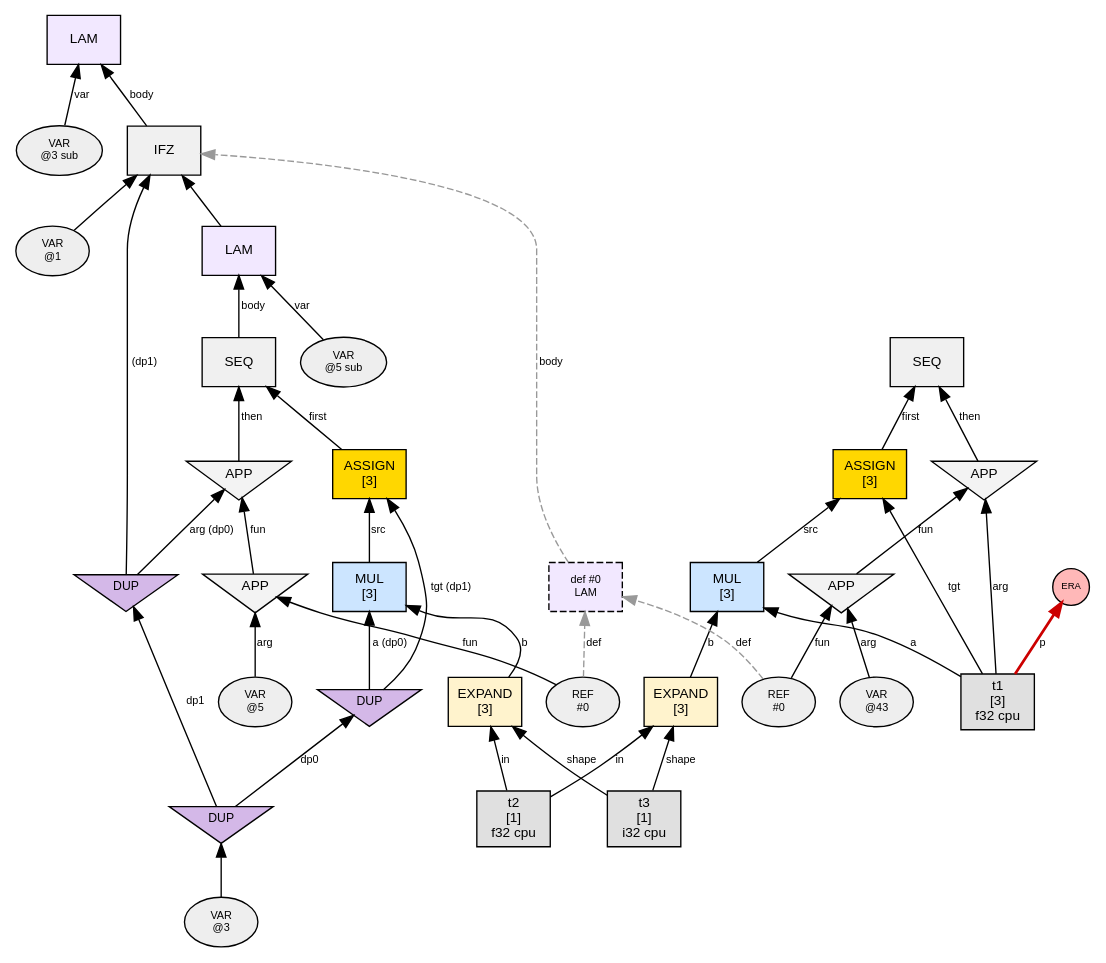
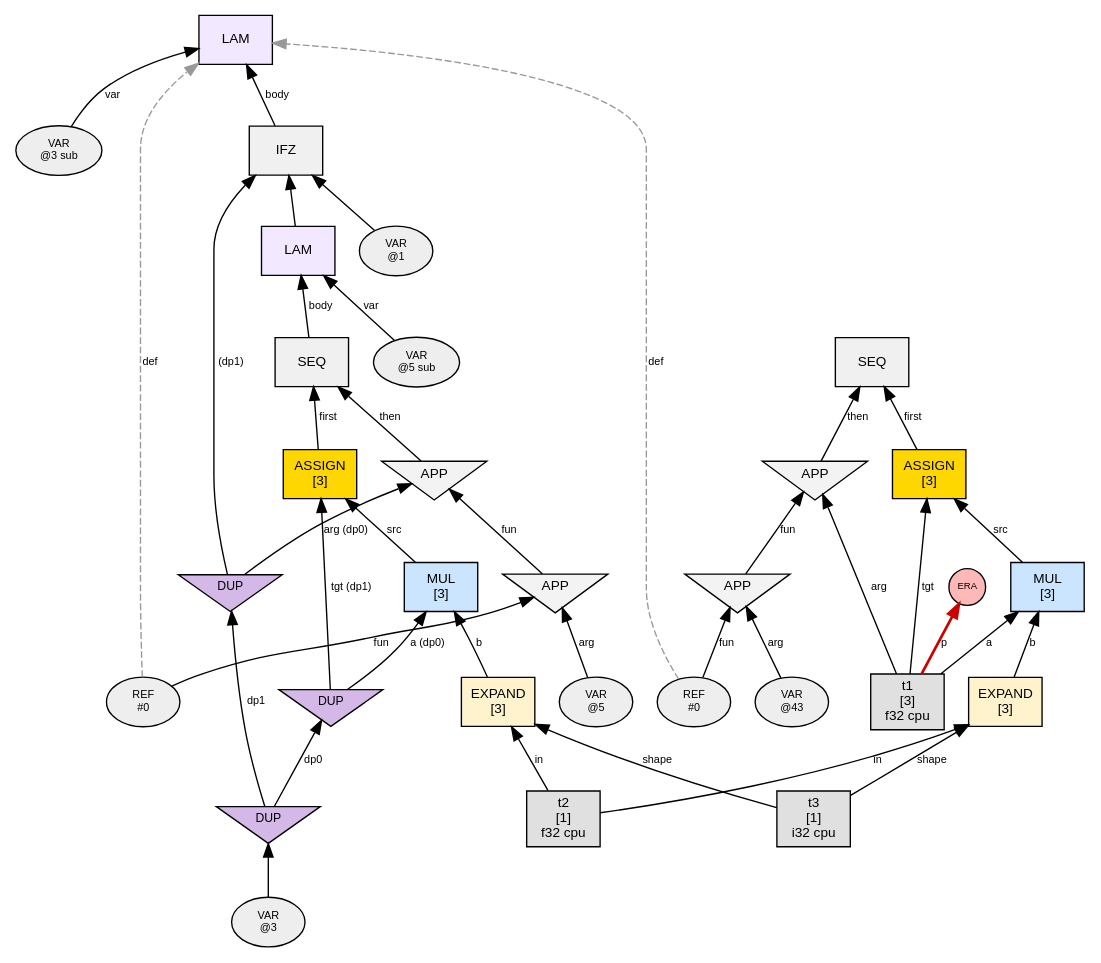
The diagram in phase1_graphs/loop_assign_simple/n1_steps/step_011_interact_DP1.dot (sw1sh/TinyHVM), drawn with Graphviz before and after one commit. The commit also changed 77 other files, not shown here.

First line of the commit message:
fix: REF points to existing LAM node, no proxy

```diff
--- a/phase1_graphs/loop_assign_simple/n1_steps/step_011_interact_DP1.dot
+++ b/phase1_graphs/loop_assign_simple/n1_steps/step_011_interact_DP1.dot
@@ -1,77 +1,75 @@
 digraph G {
   // PREV_INTERACTION: interact_DP1
   // NEXT_INTERACTION: interact_era_on_TEN
   rankdir=BT;
   node [fontname="Helvetica", fontsize=10, style=filled, shape=box, margin="0.1,0.05"];
   edge [fontsize=8, fontname="Helvetica"];
 
   n3 [label="LAM", shape=box, fillcolor="#f2e8ff"];
   var3 [label="VAR\n@3 sub", shape=oval, fillcolor="#eeeeee", fontsize=8];
   var3 -> n3 [label="var"];
   n26 -> n3 [label="body"];
   n26 [label="IFZ", shape=box, fillcolor="#f0f0f0"];
   var26 [label="VAR\n@1", shape=oval, fillcolor="#eeeeee", fontsize=8];
   var26 -> n26 [label=""];
   dup9 [label="DUP", shape=invtriangle, fillcolor="#d4b8e8", fontsize=9, width=0.7, height=0.5];
   dup7 -> dup9 [label="dp1"];
   dup7 [label="DUP", shape=invtriangle, fillcolor="#d4b8e8", fontsize=9, width=0.7, height=0.5];
   var7 [label="VAR\n@3", shape=oval, fillcolor="#eeeeee", fontsize=8];
   var7 -> dup7;
   dup9 -> n26 [label=" (dp1)"];
   n5 -> n26 [label=""];
   n24 [label="SEQ", shape=box, fillcolor="#f0f0f0"];
   n18 -> n24 [label="first"];
   n22 -> n24 [label="then"];
   n10 [label="EXPAND\n[3]", shape=box, fillcolor="#fff3cd"];
   t2 [label="t2\n[1]\nf32 cpu",shape=box,fillcolor="#e0e0e0"];
   t2 -> n10 [label="in"];
   t3 [label="t3\n[1]\ni32 cpu",shape=box,fillcolor="#e0e0e0"];
   t3 -> n10 [label="shape"];
   n14 [label="MUL\n[3]", shape=box, fillcolor="#cce5ff"];
   dup8 [label="DUP", shape=invtriangle, fillcolor="#d4b8e8", fontsize=9, width=0.7, height=0.5];
   dup7 -> dup8 [label="dp0"];
   dup8 -> n14 [label="a (dp0)"];
   n10 -> n14 [label="b"];
   ref20 [label="REF\n#0", shape=oval, fillcolor="#eeeeee", fontsize=8];
-  def0 [label="def #0\nLAM", shape=box, fillcolor="#f2e8ff", style="filled,dashed", fontsize=8];
-  def0 -> n26 [style=dashed, color="#999999", label="body"];
-  ref20 -> def0 [style=dashed, color="#999999", label="def"];
+  ref20 -> n3 [style=dashed, color="#999999", label="def"];
   n20 [label="APP", shape=invtriangle, fillcolor="#f3f3f3"];
   ref20 -> n20 [label="fun"];
   var21 [label="VAR\n@5", shape=oval, fillcolor="#eeeeee", fontsize=8];
   var21 -> n20 [label="arg"];
   n18 [label="ASSIGN\n[3]", shape=box, fillcolor="#ffd700"];
   dup8 -> n18 [label="tgt (dp1)"];
   n14 -> n18 [label="src"];
   n22 [label="APP", shape=invtriangle, fillcolor="#f3f3f3"];
   n20 -> n22 [label="fun"];
   dup9 -> n22 [label="arg (dp0)"];
   n5 [label="LAM", shape=box, fillcolor="#f2e8ff"];
   var5 [label="VAR\n@5 sub", shape=oval, fillcolor="#eeeeee", fontsize=8];
   var5 -> n5 [label="var"];
   n24 -> n5 [label="body"];
   n45 [label="SEQ", shape=box, fillcolor="#f0f0f0"];
   n47 -> n45 [label="first"];
   n54 -> n45 [label="then"];
   n47 [label="ASSIGN\n[3]", shape=box, fillcolor="#ffd700"];
   t1 [label="t1\n[3]\nf32 cpu",shape=box,fillcolor="#e0e0e0"];
   t1 -> n47 [label="tgt"];
   n50 -> n47 [label="src"];
   n54 [label="APP", shape=invtriangle, fillcolor="#f3f3f3"];
   n56 -> n54 [label="fun"];
   t1 -> n54 [label="arg"];
   n50 [label="MUL\n[3]", shape=box, fillcolor="#cce5ff"];
   t1 -> n50 [label="a"];
   n52 -> n50 [label="b"];
   n52 [label="EXPAND\n[3]", shape=box, fillcolor="#fff3cd"];
   t2 -> n52 [label="in"];
   t3 -> n52 [label="shape"];
   n56 [label="APP", shape=invtriangle, fillcolor="#f3f3f3"];
   ref56 [label="REF\n#0", shape=oval, fillcolor="#eeeeee", fontsize=8];
   ref56 -> n56 [label="fun"];
   var57 [label="VAR\n@43", shape=oval, fillcolor="#eeeeee", fontsize=8];
   var57 -> n56 [label="arg"];
-  ref56 -> def0 [style=dashed, color="#999999", label="def"];
+  ref56 -> n3 [style=dashed, color="#999999", label="def"];
   era61 [label="ERA",shape=circle,width=0.38,height=0.38,fixedsize=true,fillcolor="#ffb8b8",fontsize=7];
   t1 -> era61 [label="p",color="#cc0000",penwidth=2.0];
 }
```
